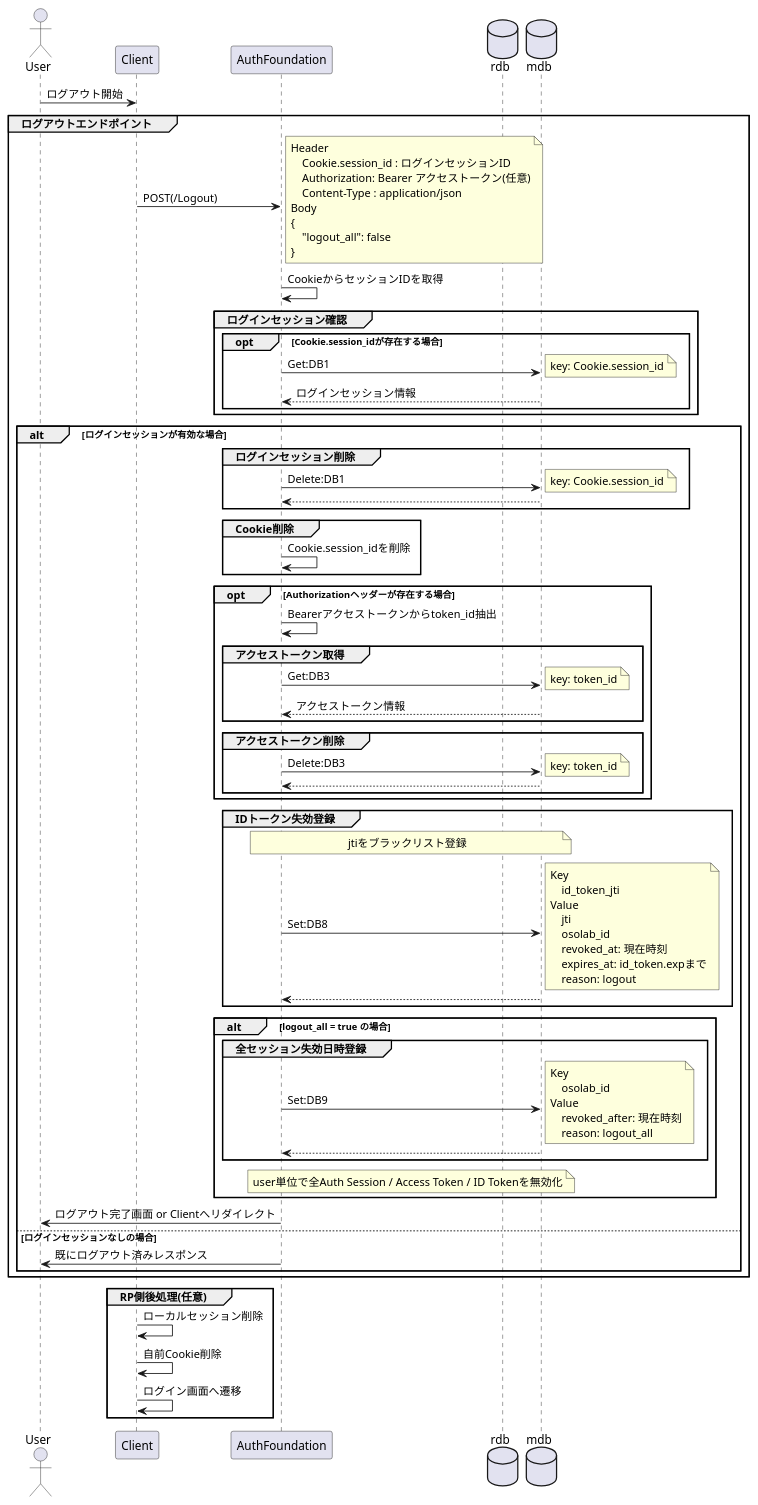
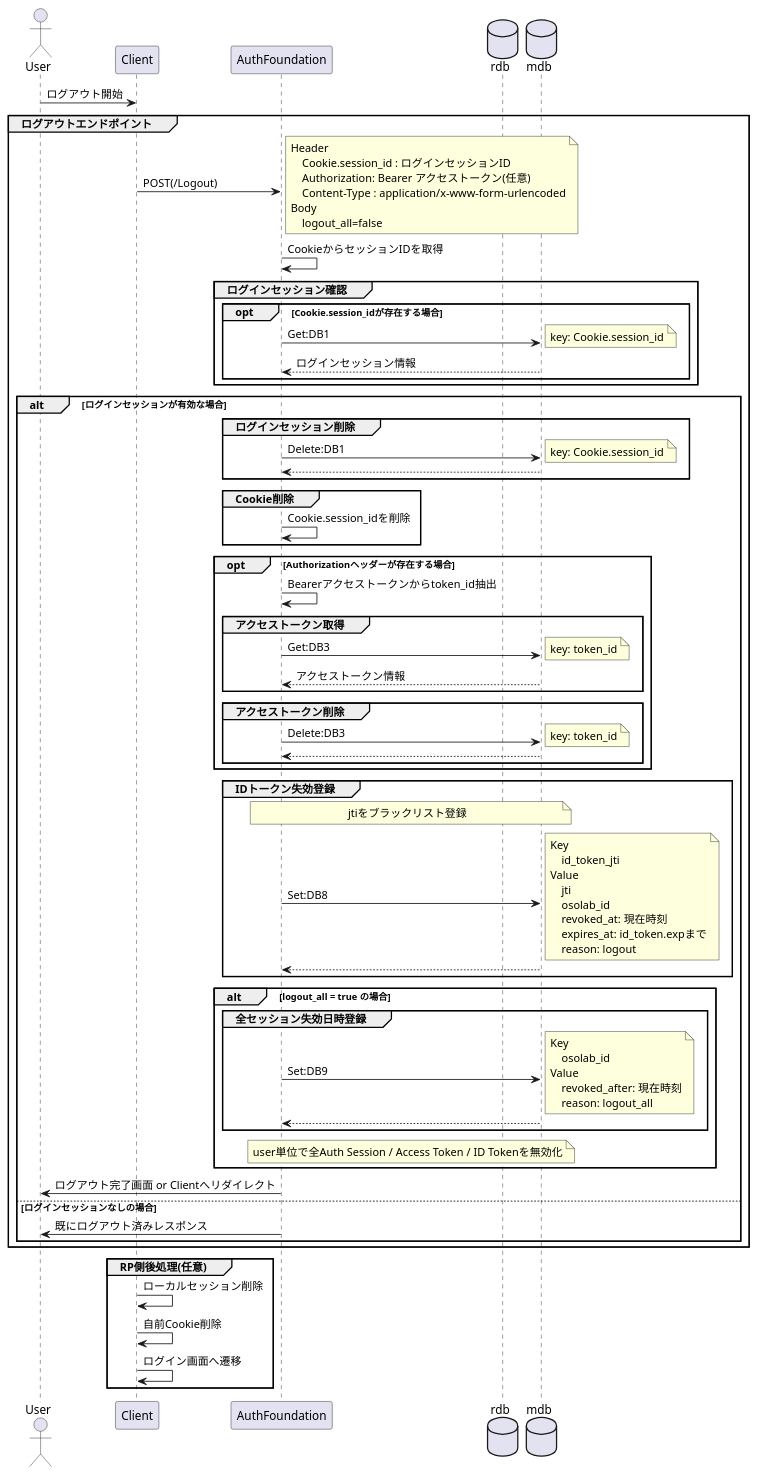
The diagram in Architecture/SignOut.md (OsolabAuth/AuthDoc), drawn with PlantUML before and after one commit. The commit also changed 13 other files, not shown here.

```diff
--- a/Architecture/SignOut.md
+++ b/Architecture/SignOut.md
@@ -21,11 +21,9 @@
         Header
             Cookie.session_id : ログインセッションID
             Authorization: Bearer アクセストークン(任意)
-            Content-Type : application/json
+            Content-Type : application/x-www-form-urlencoded
         Body
-        {
-            "logout_all": false
-        }
+            logout_all=false
     end note
 
     auth -> auth : CookieからセッションIDを取得
```
